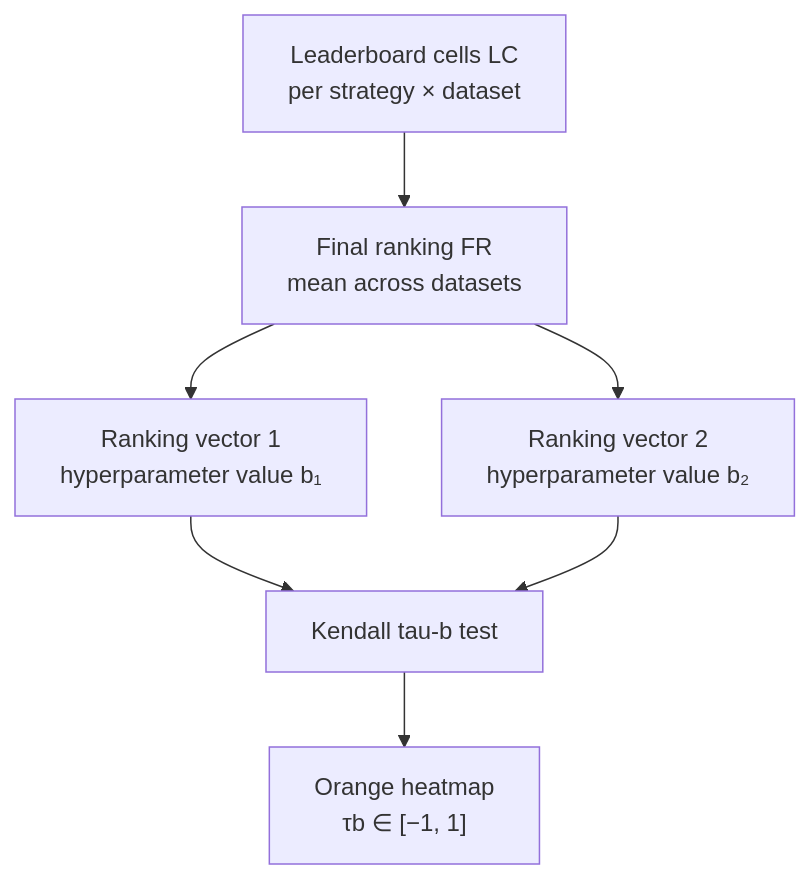
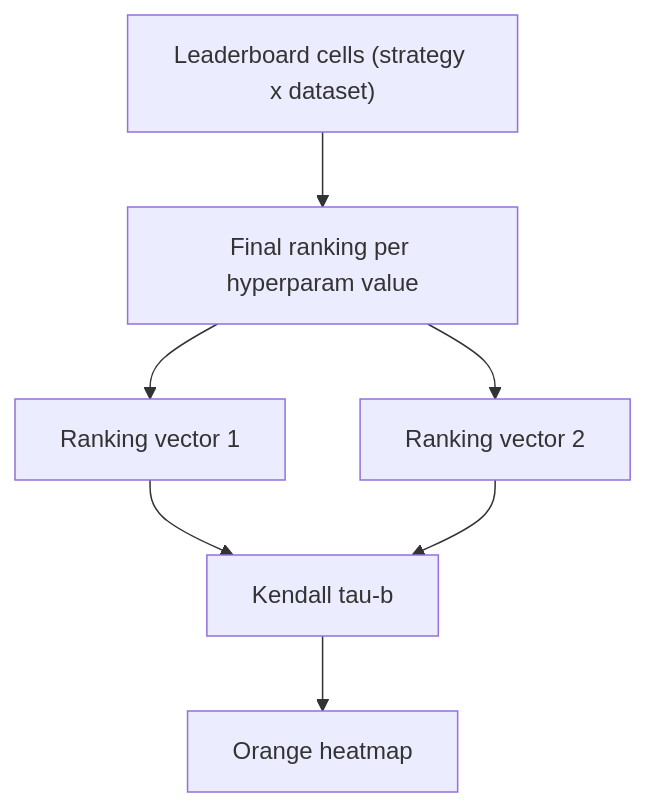
One commit to jgonsior/olympic-games-of-active-learning changed the third of 3 diagrams in docs/reference/correlations_paper_to_code.md. Above: the diagram before and after it, drawn with Mermaid. The commit also changed other lines of this file and 8 other files, not shown here.

First line of the commit message:
Simplify documentation and fix mermaid diagrams

````diff
--- a/docs/reference/correlations_paper_to_code.md
+++ b/docs/reference/correlations_paper_to_code.md
@@ -235,9 +86,9 @@
 ```mermaid
 flowchart TD
-    A[Leaderboard cells LC<br/>per strategy × dataset] --> B[Final ranking FR<br/>mean across datasets]
-    B --> C1[Ranking vector 1<br/>hyperparameter value b₁]
-    B --> C2[Ranking vector 2<br/>hyperparameter value b₂]
-    C1 --> D[Kendall tau-b test]
+    A["Leaderboard cells (strategy x dataset)"] --> B["Final ranking per hyperparam value"]
+    B --> C1["Ranking vector 1"]
+    B --> C2["Ranking vector 2"]
+    C1 --> D["Kendall tau-b"]
     C2 --> D
-    D --> E["Orange heatmap<br/>τb ∈ [−1, 1]"]
+    D --> E["Orange heatmap"]
 ```
````
